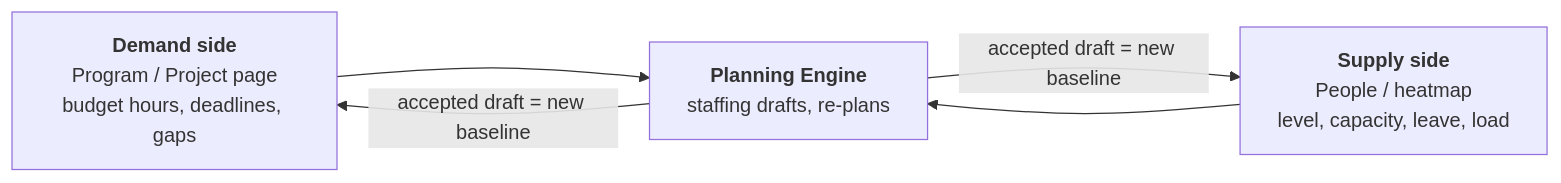
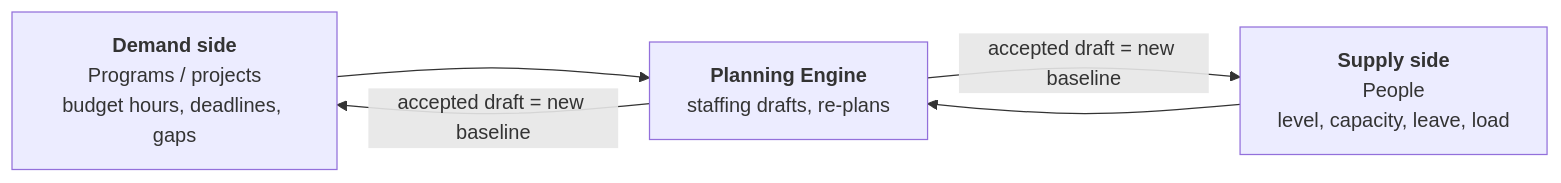
The fifth of 8 diagrams in README.md (dophnamm/the-slot-finder), drawn with Mermaid before and after one commit. The commit also changed other lines of this file and 4 other files, not shown here.

````diff
--- a/README.md
+++ b/README.md
@@ -351,10 +434,10 @@
 ```mermaid
 flowchart LR
-  demand["<b>Demand side</b><br/>Program / Project page<br/>budget hours, deadlines, gaps"]
+  demand["<b>Demand side</b><br/>Programs / projects<br/>budget hours, deadlines, gaps"]
   engine["<b>Planning Engine</b><br/>staffing drafts, re-plans"]
-  supply["<b>Supply side</b><br/>People / heatmap<br/>level, capacity, leave, load"]
+  supply["<b>Supply side</b><br/>People<br/>level, capacity, leave, load"]
   demand --> engine
   supply --> engine
   engine -->|"accepted draft = new baseline"| demand
   engine -->|"accepted draft = new baseline"| supply
 ```
````
